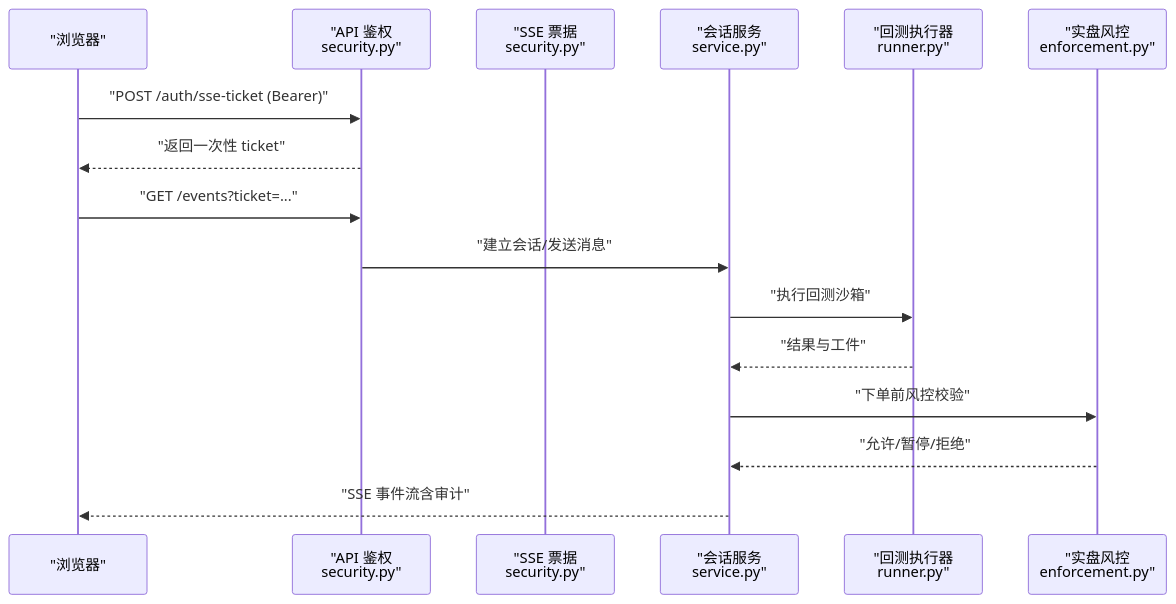
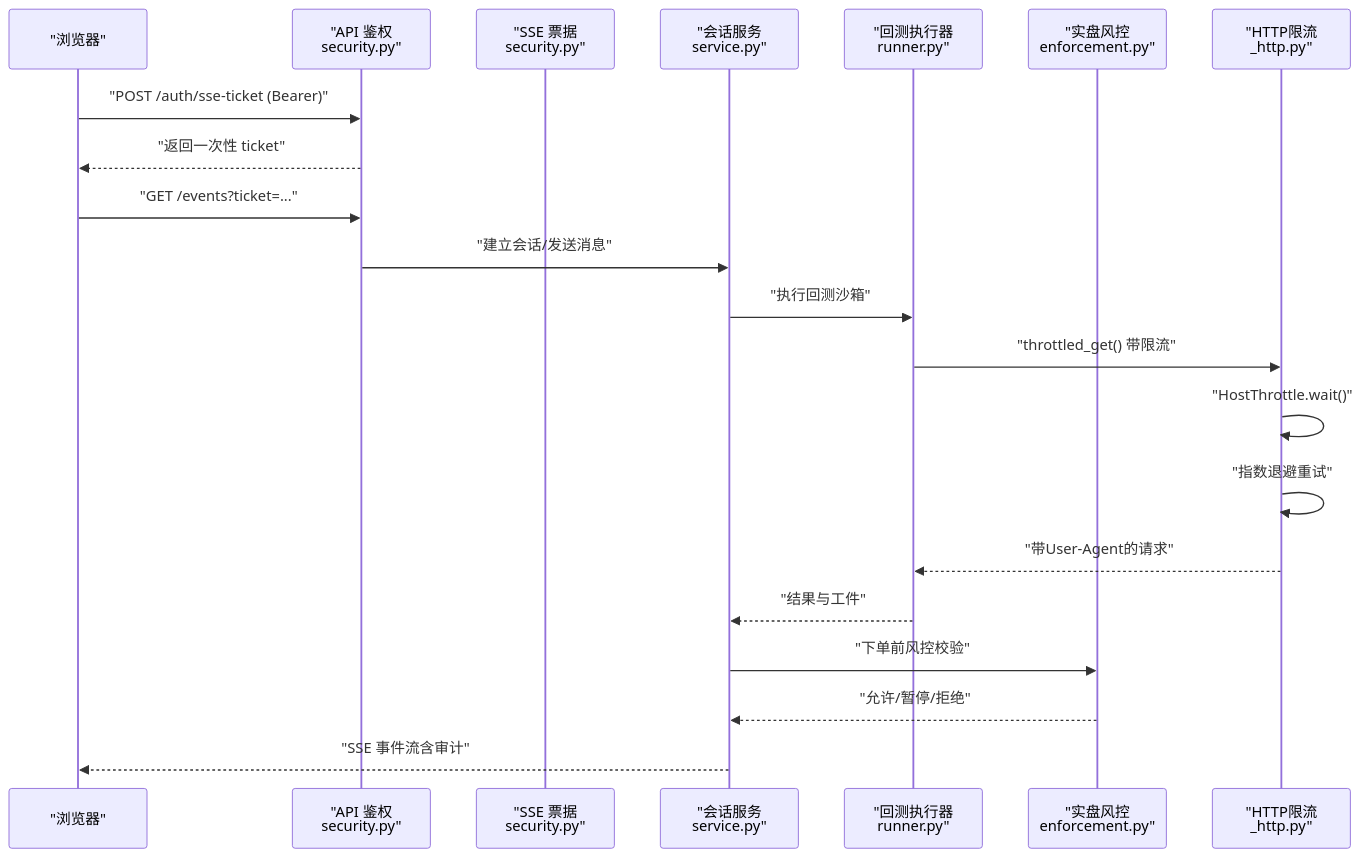
Before and after one commit to 20012002er/Vibe-Trading: the second of 8 diagrams in .qoder/repowiki/zh/content/安全系统/安全系统.md, drawn with Mermaid. The commit also changed other lines of this file and 5 other files, not shown here.

````diff
--- a/.qoder/repowiki/zh/content/安全系统/安全系统.md
+++ b/.qoder/repowiki/zh/content/安全系统/安全系统.md
@@ -80,18 +95,23 @@
 ```mermaid
 sequenceDiagram
 participant Browser as "浏览器"
 participant API as "API 鉴权<br/>security.py"
 participant SSE as "SSE 票据<br/>security.py"
 participant Session as "会话服务<br/>service.py"
 participant Runner as "回测执行器<br/>runner.py"
 participant Live as "实盘风控<br/>enforcement.py"
+participant HTTP as "HTTP限流<br/>_http.py"
 Browser->>API : "POST /auth/sse-ticket (Bearer)"
 API-->>Browser : "返回一次性 ticket"
 Browser->>API : "GET /events?ticket=..."
 API->>Session : "建立会话/发送消息"
 Session->>Runner : "执行回测沙箱"
+Runner->>HTTP : "throttled_get() 带限流"
+HTTP->>HTTP : "HostThrottle.wait()"
+HTTP->>HTTP : "指数退避重试"
+HTTP-->>Runner : "带User-Agent的请求"
 Runner-->>Session : "结果与工件"
 Session->>Live : "下单前风控校验"
 Live-->>Session : "允许/暂停/拒绝"
 Session-->>Browser : "SSE 事件流含审计"
 ```
````
